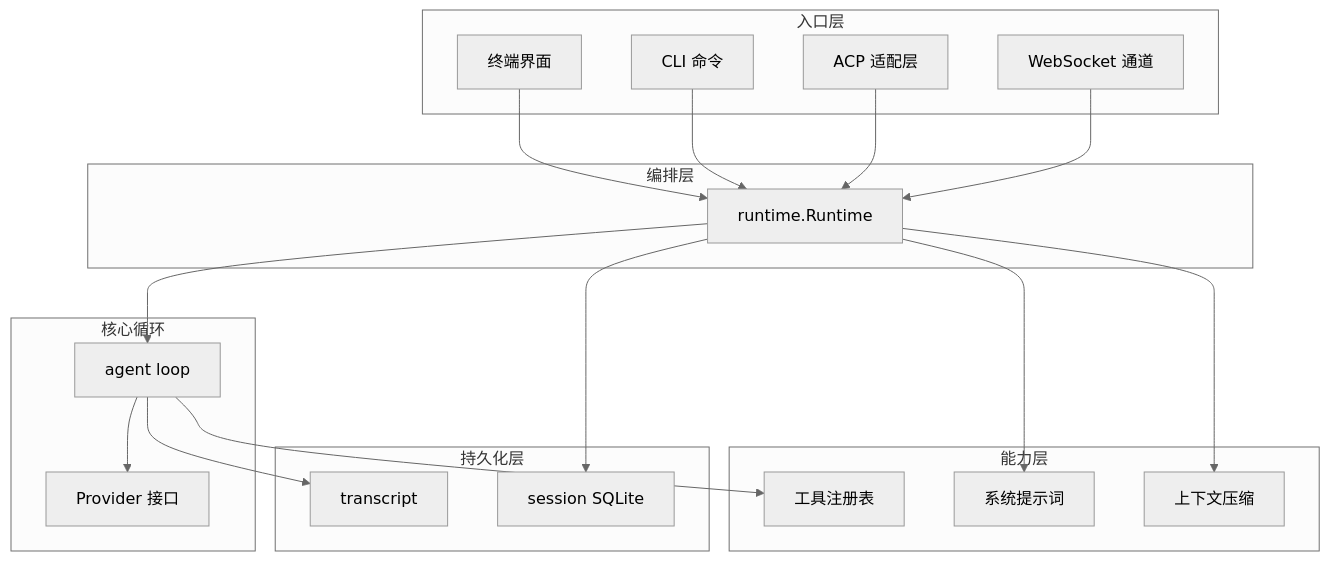
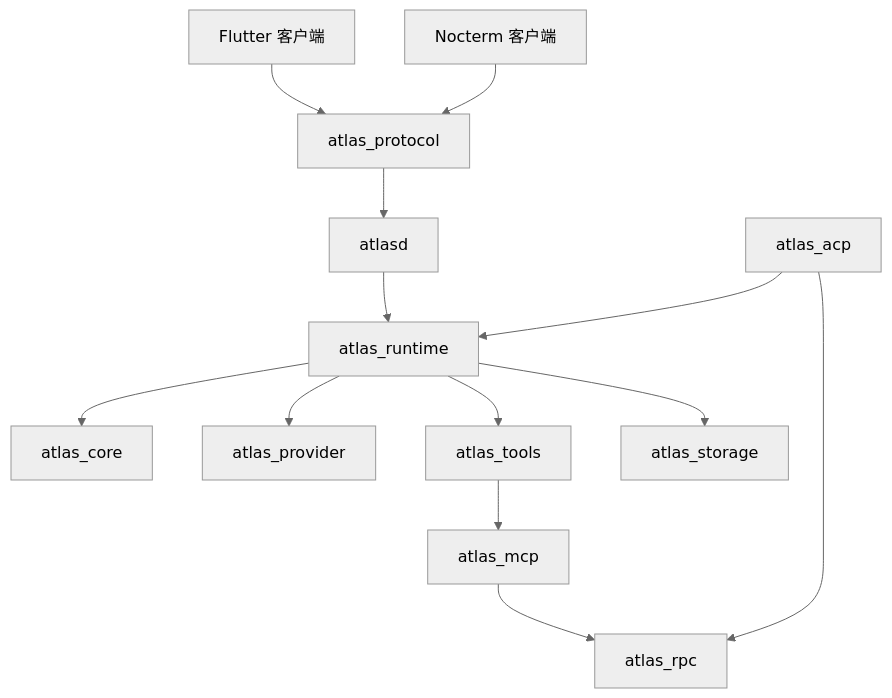
Before and after one commit to gvenusleo/Atlas: the diagram in docs/zh-CN/architecture.md, drawn with Mermaid (neutral theme). The commit also changed other lines of this file and 266 other files, not shown here.

````diff
--- a/docs/zh-CN/architecture.md
+++ b/docs/zh-CN/architecture.md
@@ -9,41 +11,15 @@
 ```mermaid
 graph TD
-    subgraph 入口层
-        TUI[终端界面]
-        CLI[CLI 命令]
-        ACP[ACP 适配层]
-        WS[WebSocket 通道]
-    end
-
-    subgraph 编排层
-        RT[runtime.Runtime]
-    end
-
-    subgraph 核心循环
-        AG[agent loop]
-        PR[Provider 接口]
-    end
-
-    subgraph 能力层
-        TOOLS[工具注册表]
-        PRMPT[系统提示词]
-        CMP[上下文压缩]
-    end
-
-    subgraph 持久化层
-        TR[transcript]
-        SS[session SQLite]
-    end
-
-    TUI --> RT
-    CLI --> RT
-    ACP --> RT
-    WS --> RT
-    RT --> AG
-    AG --> PR
-    AG --> TOOLS
-    RT --> PRMPT
-    RT --> CMP
-    AG --> TR
-    RT --> SS
+    FL[Flutter 客户端] --> AP[atlas_protocol]
+    TUI[Nocterm 客户端] --> AP
+    AP --> D[atlasd]
+    ACP[atlas_acp] --> RT[atlas_runtime]
+    D --> RT
+    RT --> CORE[atlas_core]
+    RT --> PROVIDER[atlas_provider]
+    RT --> TOOLS[atlas_tools]
+    RT --> STORAGE[atlas_storage]
+    TOOLS --> MCP[atlas_mcp]
+    ACP --> RPC[atlas_rpc]
+    MCP --> RPC
 ```
````
